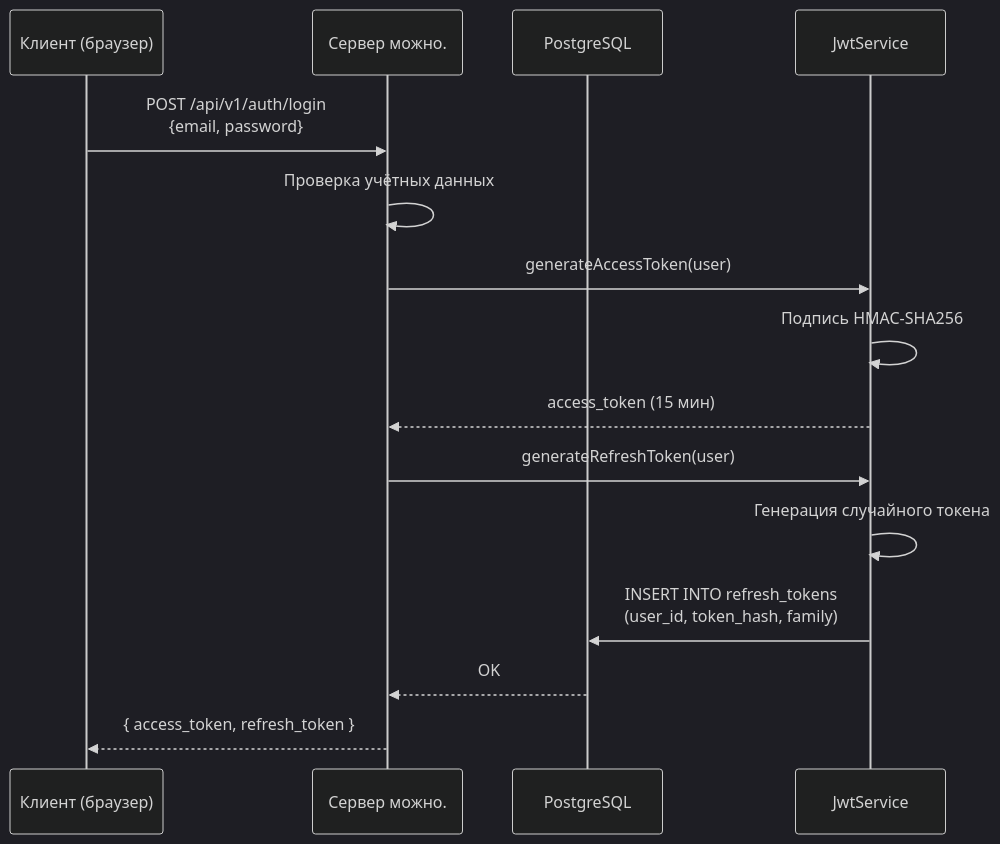
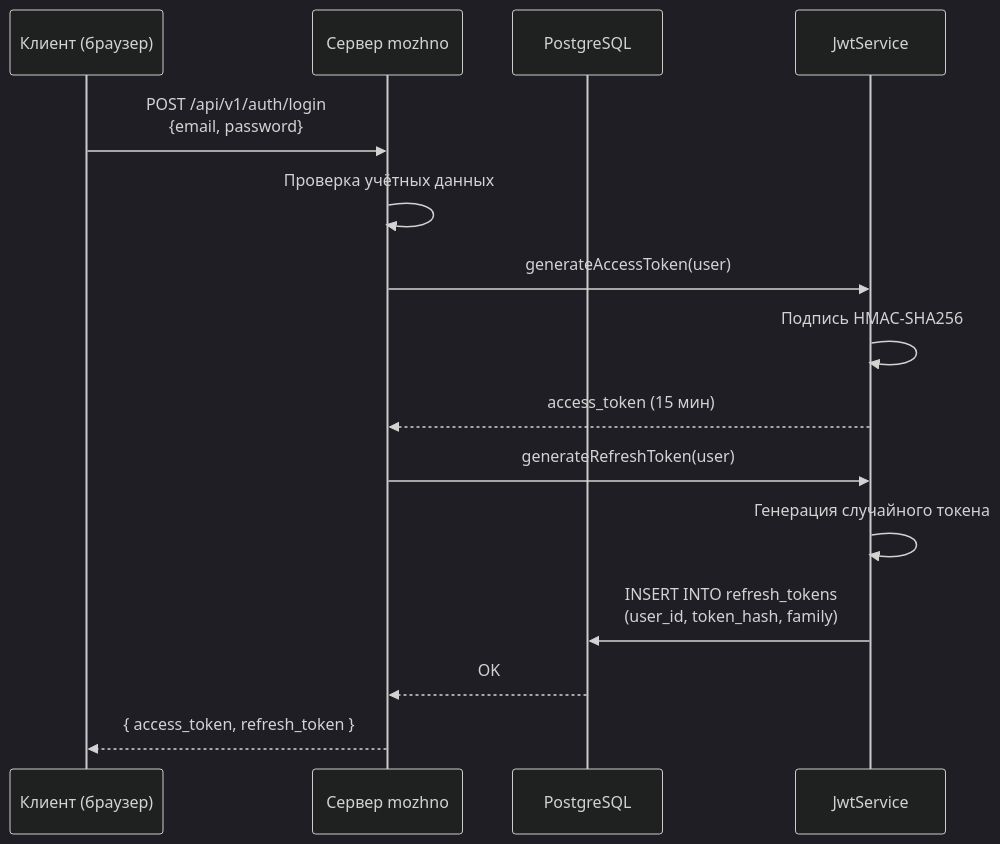
Before and after one commit to edgar-dev20/mozhno: the third of 6 diagrams in docs/advanced/architecture.md, drawn with Mermaid (dark theme). The commit also changed other lines of this file and 33 other files, not shown here.

Commit message:
docs: rewrite getting-started, fix env model, mermaid latin labels, table header brand styling, SDK+arch corrections

````diff
--- a/docs/advanced/architecture.md
+++ b/docs/advanced/architecture.md
@@ -184,18 +184,18 @@
 ```mermaid
 sequenceDiagram
     participant Client as Клиент (браузер)
-    participant Server as Сервер можно.
+    participant Server as Сервер mozhno
     participant DB as PostgreSQL
     participant JWT as JwtService
 
     Client->>Server: POST /api/v1/auth/login<br/>{email, password}
     Server->>Server: Проверка учётных данных
     Server->>JWT: generateAccessToken(user)
     JWT->>JWT: Подпись HMAC-SHA256
     JWT-->>Server: access_token (15 мин)
     Server->>JWT: generateRefreshToken(user)
     JWT->>JWT: Генерация случайного токена
     JWT->>DB: INSERT INTO refresh_tokens<br/>(user_id, token_hash, family)
     DB-->>Server: OK
     Server-->>Client: { access_token, refresh_token }
 ```
````
